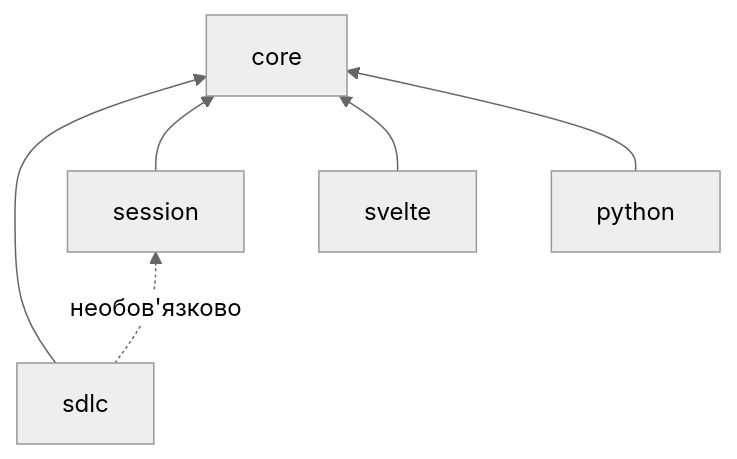
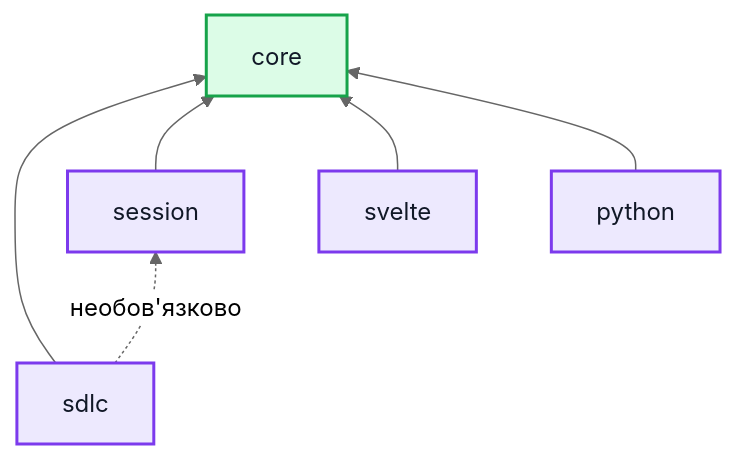
Before and after one commit to 3meyc/agent-kit: the second of 4 diagrams in docs/architecture.uk.md, drawn with Mermaid (neutral theme). The commit also changed other lines of this file and 16 other files, not shown here.

First line of the commit message:
docs: colour every diagram, start the evolution pages, retire the design banner

````diff
--- a/docs/architecture.uk.md
+++ b/docs/architecture.uk.md
@@ -22,8 +33,13 @@
 ```mermaid
 flowchart BT
   sdlc --> core
   session --> core
   svelte --> core
   python --> core
   sdlc -. "необов'язково" .-> session
+
+  classDef base fill:#dcfce7,stroke:#16a34a,stroke-width:2px,color:#111827
+  classDef kit fill:#ede9fe,stroke:#7c3aed,stroke-width:2px,color:#111827
+  class core base
+  class sdlc,session,svelte,python kit
 ```
````
